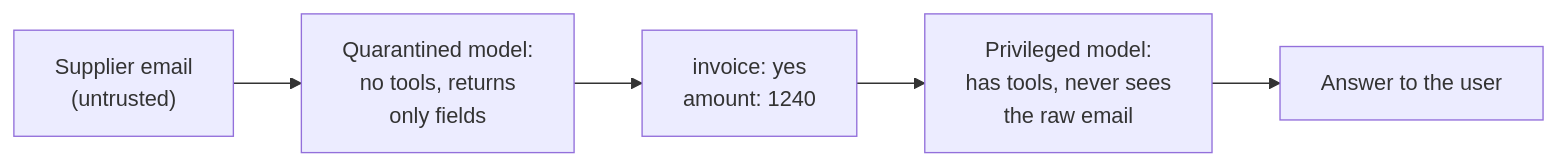
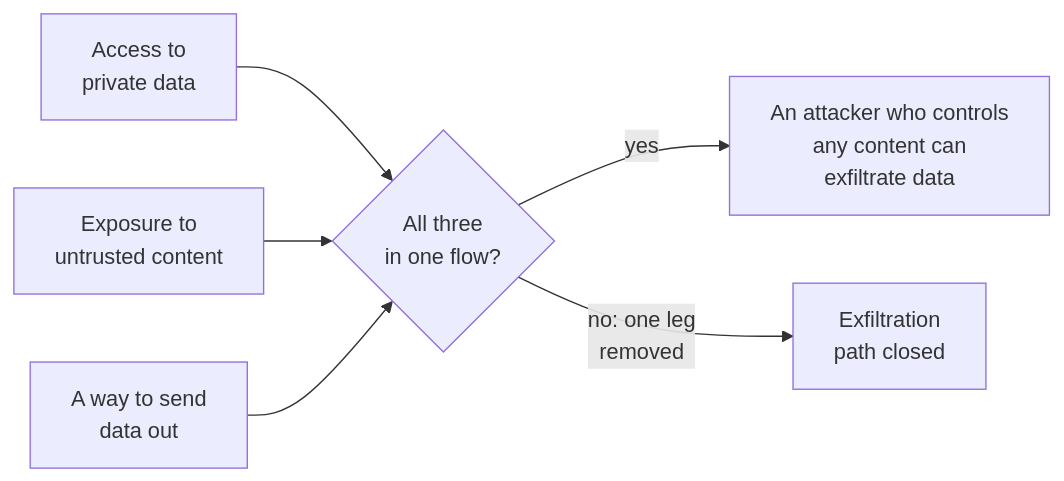
Before and after one commit to shubamchaudhary/CodeNITW: the third of 5 diagrams in src/Data/aiStackDocs/CH-11.md, drawn with Mermaid. The commit also changed other lines of this file and 52 other files, not shown here.

````diff
--- a/src/Data/aiStackDocs/CH-11.md
+++ b/src/Data/aiStackDocs/CH-11.md
@@ -53,7 +60,8 @@
 ```mermaid
 flowchart LR
-    EM["Supplier email<br/>(untrusted)"] --> QM["Quarantined model:<br/>no tools, returns<br/>only fields"]
-    QM --> F["invoice: yes<br/>amount: 1240"]
-    F --> PM["Privileged model:<br/>has tools, never sees<br/>the raw email"]
-    PM --> A["Answer to the user"]
+    PD["Access to<br/>private data"] --> X{"All three<br/>in one flow?"}
+    UC["Exposure to<br/>untrusted content"] --> X
+    EG["A way to send<br/>data out"] --> X
+    X -->|"yes"| BAD["An attacker who controls<br/>any content can<br/>exfiltrate data"]
+    X -->|"no: one leg<br/>removed"| OK["Exfiltration<br/>path closed"]
 ```
````
